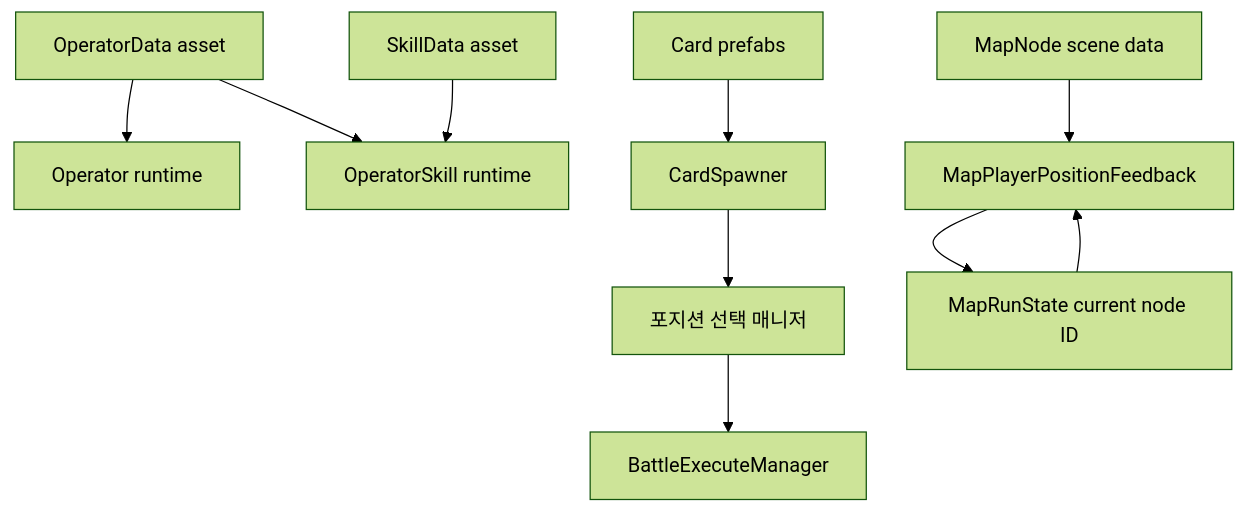
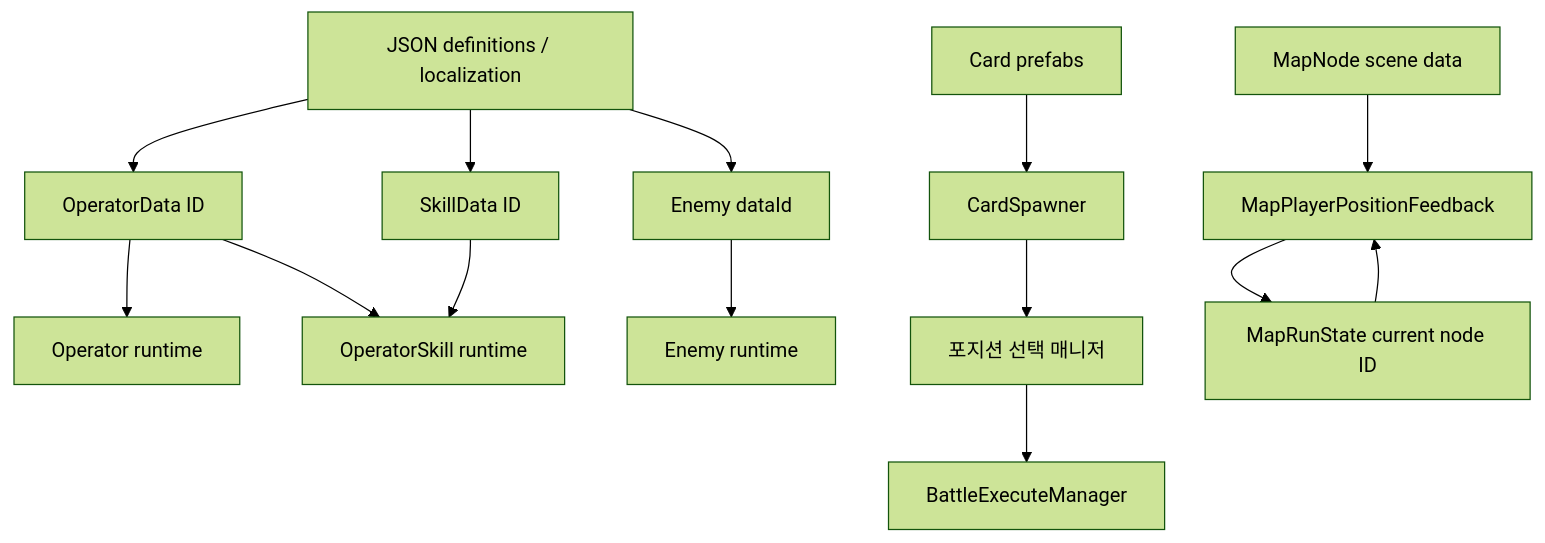
One commit to icrf-hot/Randint_Strategy_Record changed the diagram in wiki/02 데이터/현재 데이터 카탈로그.md. Above: the diagram before and after it, drawn with Mermaid (forest theme). The commit also changed other lines of this file and 51 other files, not shown here.

````diff
--- a/wiki/02 데이터/현재 데이터 카탈로그.md
+++ b/wiki/02 데이터/현재 데이터 카탈로그.md
@@ -65,12 +68,16 @@
 ```mermaid
 flowchart TD
-    OD[OperatorData asset] --> O[Operator runtime]
-    SD[SkillData asset] --> OS[OperatorSkill runtime]
+    JSON[JSON definitions / localization] --> OD[OperatorData ID]
+    JSON --> SD[SkillData ID]
+    JSON --> ED[Enemy dataId]
+    OD --> O[Operator runtime]
+    SD --> OS[OperatorSkill runtime]
+    ED --> Enemy[Enemy runtime]
     OD --> OS
     CardPrefab[Card prefabs] --> Spawner[CardSpawner]
     Spawner --> Selection[포지션 선택 매니저]
     Selection --> Battle[BattleExecuteManager]
     Node[MapNode scene data] --> Position[MapPlayerPositionFeedback]
     Position --> RunState[MapRunState current node ID]
     RunState --> Position
 ```
````
